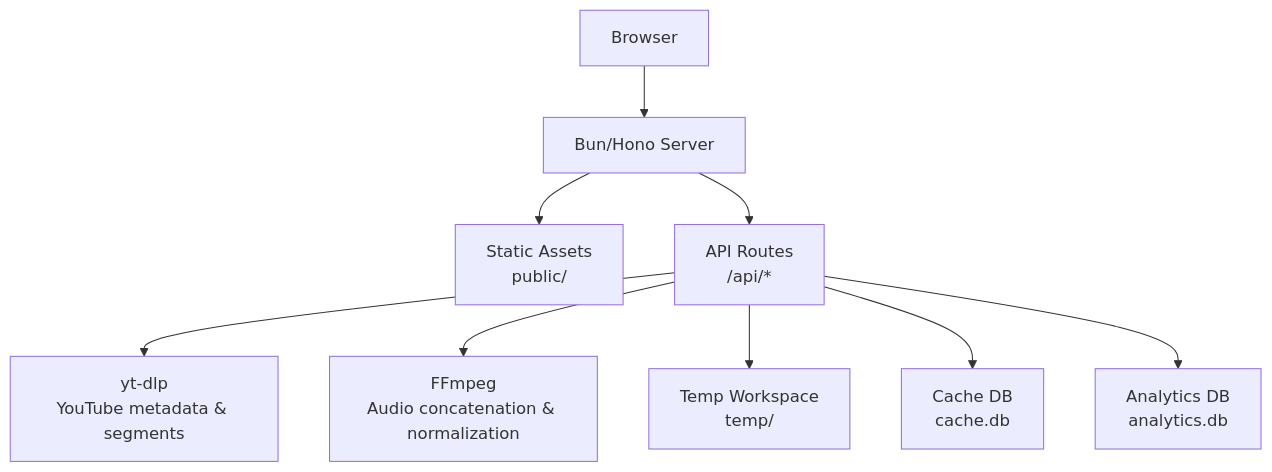
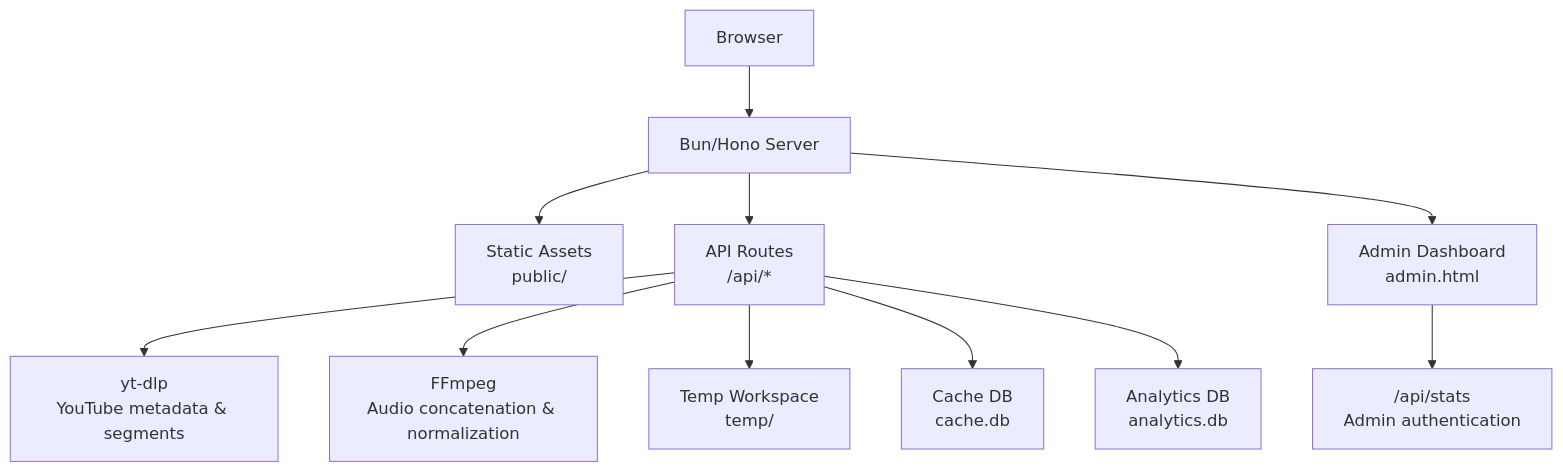
Before and after one commit to dkoukoul/kpop-random-dance-generator: the second of 9 diagrams in .qoder/repowiki/en/content/Configuration and Deployment.md, drawn with Mermaid. The commit also changed other lines of this file and 3 other files, not shown here.

````diff
--- a/.qoder/repowiki/en/content/Configuration and Deployment.md
+++ b/.qoder/repowiki/en/content/Configuration and Deployment.md
@@ -93,11 +114,13 @@
 ```mermaid
 graph TB
 Client["Browser"] --> Server["Bun/Hono Server"]
 Server --> Static["Static Assets<br/>public/"]
 Server --> API["API Routes<br/>/api/*"]
 API --> YT["yt-dlp<br/>YouTube metadata & segments"]
 API --> FF["FFmpeg<br/>Audio concatenation & normalization"]
 API --> Temp["Temp Workspace<br/>temp/"]
 API --> Cache["Cache DB<br/>cache.db"]
 API --> Analytics["Analytics DB<br/>analytics.db"]
+Server --> Admin["Admin Dashboard<br/>admin.html"]
+Admin --> StatsAPI["/api/stats<br/>Admin authentication"]
 ```
````
